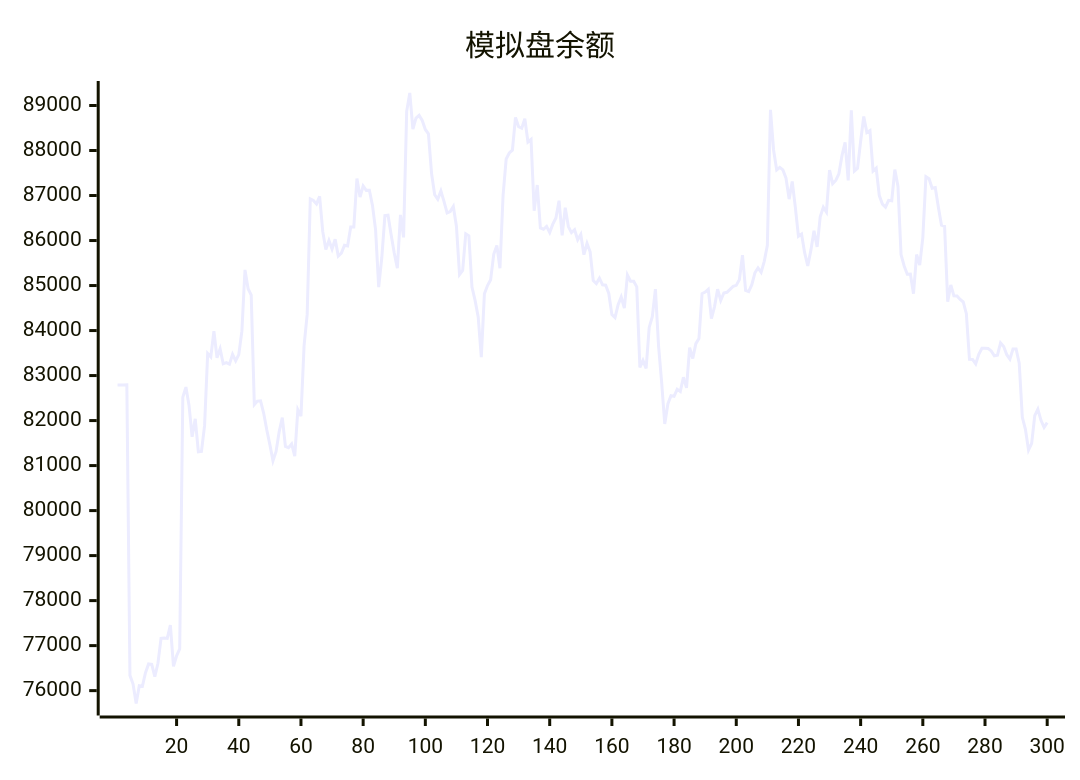
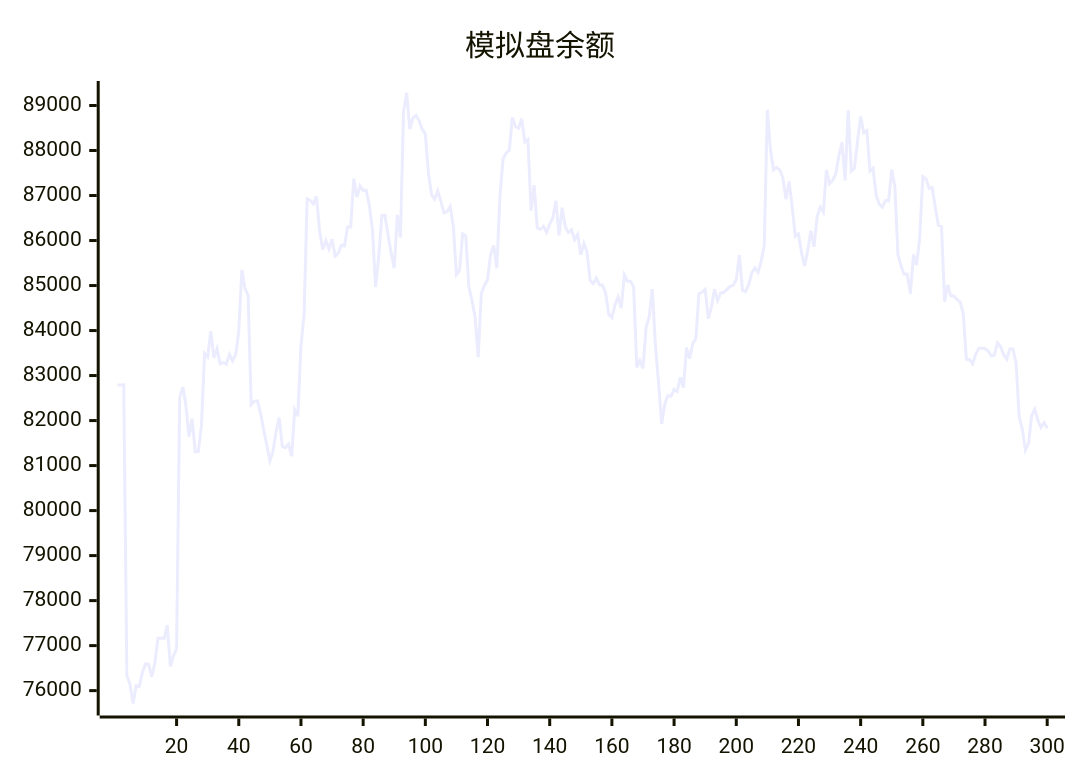
One commit to aahl/ai-trading changed the diagram in README.md. Above: the diagram before and after it, drawn with Mermaid. The commit also changed other lines of this file and 1 other file, not shown here.

````diff
--- a/README.md
+++ b/README.md
@@ -5,5 +5,5 @@
 ```mermaid
 xychart
     title "模拟盘余额"
-    line [82791,82791,82793,82794,76339,76145,75714,76110,76096,76397,76594,76585,76310,76607,77160,77170,77160,77456,76541,76774,76927,82520,82744,82337,81639,82040,81307,81314,81887,83490,83414,83984,83396,83594,83261,83287,83253,83470,83327,83465,83987,85348,84930,84786,82355,82433,82438,82167,81795,81466,81105,81315,81756,82064,81426,81398,81481,81210,82242,82099,83658,84359,86925,86892,86814,86980,86203,85802,86003,85811,86028,85657,85721,85896,85880,86300,86299,87378,86965,87214,87115,87118,86780,86238,84966,85623,86555,86562,86129,85722,85387,86569,86070,88870,89278,88477,88720,88781,88668,88467,88372,87493,87018,86917,87102,86870,86613,86644,86758,86317,85242,85334,86149,86106,84968,84671,84302,83410,84816,85001,85127,85693,85891,85384,87001,87811,87945,88007,88734,88528,88495,88705,88189,88248,86662,87234,86279,86251,86314,86177,86364,86503,86886,86114,86731,86310,86176,86240,86017,86136,85685,85938,85749,85111,85044,85164,85016,85008,84824,84354,84287,84572,84745,84500,85234,85096,85095,84970,83180,83338,83157,84070,84309,84922,83667,82850,81924,82369,82552,82539,82695,82648,82962,82728,83619,83378,83710,83825,84819,84854,84917,84265,84527,84919,84668,84834,84850,84916,84981,85004,85131,85674,84891,84864,85019,85284,85393,85294,85538,85894,88904,88012,87567,87625,87568,87386,86920,87313,86737,86094,86143,85725,85437,85787,86219,85859,86526,86740,86630,87563,87264,87335,87483,87886,88180,87335,88894,87544,87608,88207,88755,88401,88444,87543,87608,87000,86810,86740,86894,86884,87576,87209,85686,85435,85251,85255,84820,85689,85453,86066,87420,87373,87161,87178,86740,86341,86315,84643,85012,84772,84768,84690,84635,84376,83360,83357,83259,83474,83608,83606,83602,83548,83440,83454,83724,83644,83464,83365,83590,83592,83275,82072,81806,81344,81492,82109,82254,82006,81848,81955]
+    line [82791,82793,82794,76339,76145,75714,76110,76096,76397,76594,76585,76310,76607,77160,77170,77160,77456,76541,76774,76927,82520,82744,82337,81639,82040,81307,81314,81887,83490,83414,83984,83396,83594,83261,83287,83253,83470,83327,83465,83987,85348,84930,84786,82355,82433,82438,82167,81795,81466,81105,81315,81756,82064,81426,81398,81481,81210,82242,82099,83658,84359,86925,86892,86814,86980,86203,85802,86003,85811,86028,85657,85721,85896,85880,86300,86299,87378,86965,87214,87115,87118,86780,86238,84966,85623,86555,86562,86129,85722,85387,86569,86070,88870,89278,88477,88720,88781,88668,88467,88372,87493,87018,86917,87102,86870,86613,86644,86758,86317,85242,85334,86149,86106,84968,84671,84302,83410,84816,85001,85127,85693,85891,85384,87001,87811,87945,88007,88734,88528,88495,88705,88189,88248,86662,87234,86279,86251,86314,86177,86364,86503,86886,86114,86731,86310,86176,86240,86017,86136,85685,85938,85749,85111,85044,85164,85016,85008,84824,84354,84287,84572,84745,84500,85234,85096,85095,84970,83180,83338,83157,84070,84309,84922,83667,82850,81924,82369,82552,82539,82695,82648,82962,82728,83619,83378,83710,83825,84819,84854,84917,84265,84527,84919,84668,84834,84850,84916,84981,85004,85131,85674,84891,84864,85019,85284,85393,85294,85538,85894,88904,88012,87567,87625,87568,87386,86920,87313,86737,86094,86143,85725,85437,85787,86219,85859,86526,86740,86630,87563,87264,87335,87483,87886,88180,87335,88894,87544,87608,88207,88755,88401,88444,87543,87608,87000,86810,86740,86894,86884,87576,87209,85686,85435,85251,85255,84820,85689,85453,86066,87420,87373,87161,87178,86740,86341,86315,84643,85012,84772,84768,84690,84635,84376,83360,83357,83259,83474,83608,83606,83602,83548,83440,83454,83724,83644,83464,83365,83590,83592,83275,82072,81806,81344,81492,82109,82254,82006,81848,81955,81829]
 ```
````
